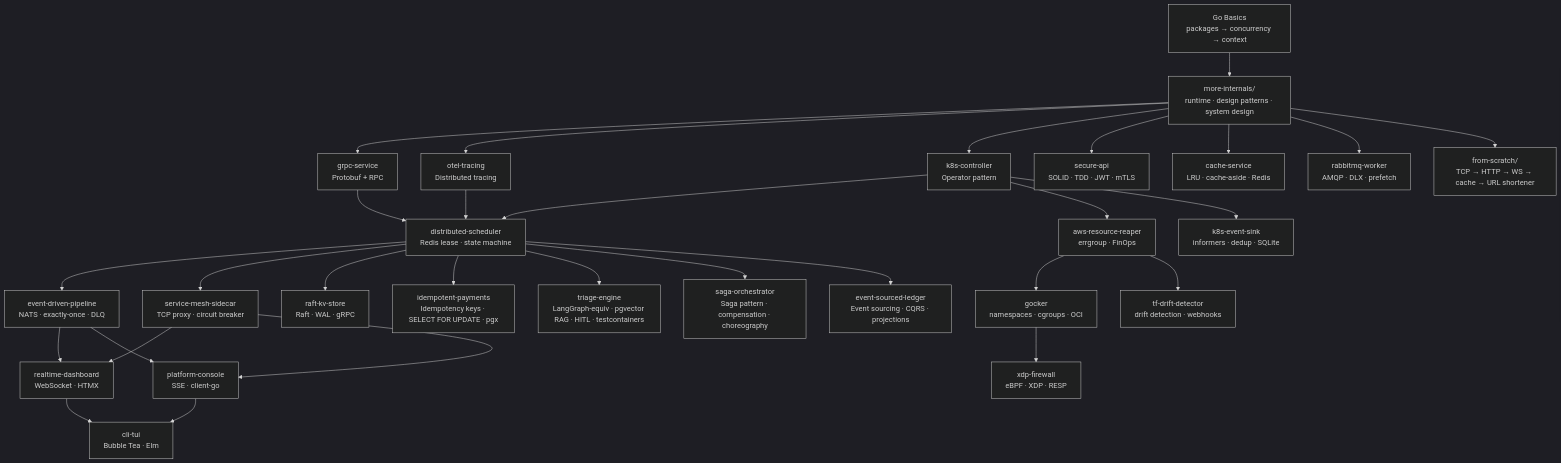
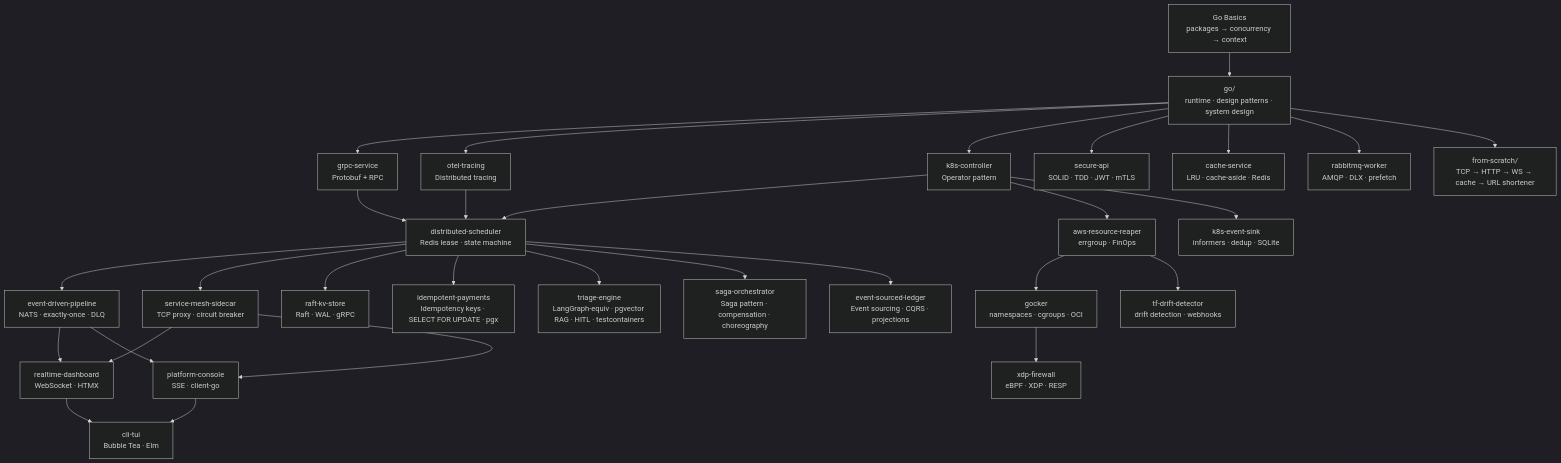
The first of 23 diagrams in projects/README.md (deepanshu-rawat6/tour-of-go), drawn with Mermaid (dark theme) before and after one commit. The commit also changed other lines of this file and 274 other files, not shown here.

````diff
--- a/projects/README.md
+++ b/projects/README.md
@@ -9,27 +9,27 @@
 ```mermaid
 graph TD
-    BASICS[Go Basics\npackages → concurrency → context] --> INTERNALS[more-internals/\nruntime · design patterns · system design]
+    BASICS[Go Basics\npackages → concurrency → context] --> INTERNALS[go/<br/>runtime · design patterns · system design]
     INTERNALS --> P1[grpc-service\nProtobuf + RPC]
     INTERNALS --> P2[otel-tracing\nDistributed tracing]
     INTERNALS --> P3[k8s-controller\nOperator pattern]
     P1 & P2 & P3 --> P4[distributed-scheduler\nRedis lease · state machine]
     P4 --> P5[event-driven-pipeline\nNATS · exactly-once · DLQ]
     P4 --> P6[service-mesh-sidecar\nTCP proxy · circuit breaker]
     P5 & P6 --> P7[realtime-dashboard\nWebSocket · HTMX]
     P5 & P6 --> P8[platform-console\nSSE · client-go]
     P7 & P8 --> P9[cli-tui\nBubble Tea · Elm]
     P3 --> P10[aws-resource-reaper\nerrgroup · FinOps]
     P10 --> P11[gocker\nnamespaces · cgroups · OCI]
     P10 --> P12[tf-drift-detector\ndrift detection · webhooks]
     P4 --> P13[raft-kv-store\nRaft · WAL · gRPC]
     P11 --> P14[xdp-firewall\neBPF · XDP · RESP]
     P3 --> P15[k8s-event-sink\ninformers · dedup · SQLite]
     INTERNALS --> P16[secure-api\nSOLID · TDD · JWT · mTLS]
     INTERNALS --> P17[cache-service\nLRU · cache-aside · Redis]
     INTERNALS --> P18[rabbitmq-worker\nAMQP · DLX · prefetch]
-    INTERNALS --> FS[from-scratch/\nTCP → HTTP → WS → cache → URL shortener]
+    INTERNALS --> FS[from-scratch/<br/>TCP → HTTP → WS → cache → URL shortener]
     P4 --> P19[idempotent-payments\nIdempotency keys · SELECT FOR UPDATE · pgx]
     P4 --> P20[triage-engine\nLangGraph-equiv · pgvector RAG · HITL · testcontainers]
     P4 --> P21[saga-orchestrator\nSaga pattern · compensation · choreography]
     P4 --> P22[event-sourced-ledger\nEvent sourcing · CQRS · projections]
 ```
````
